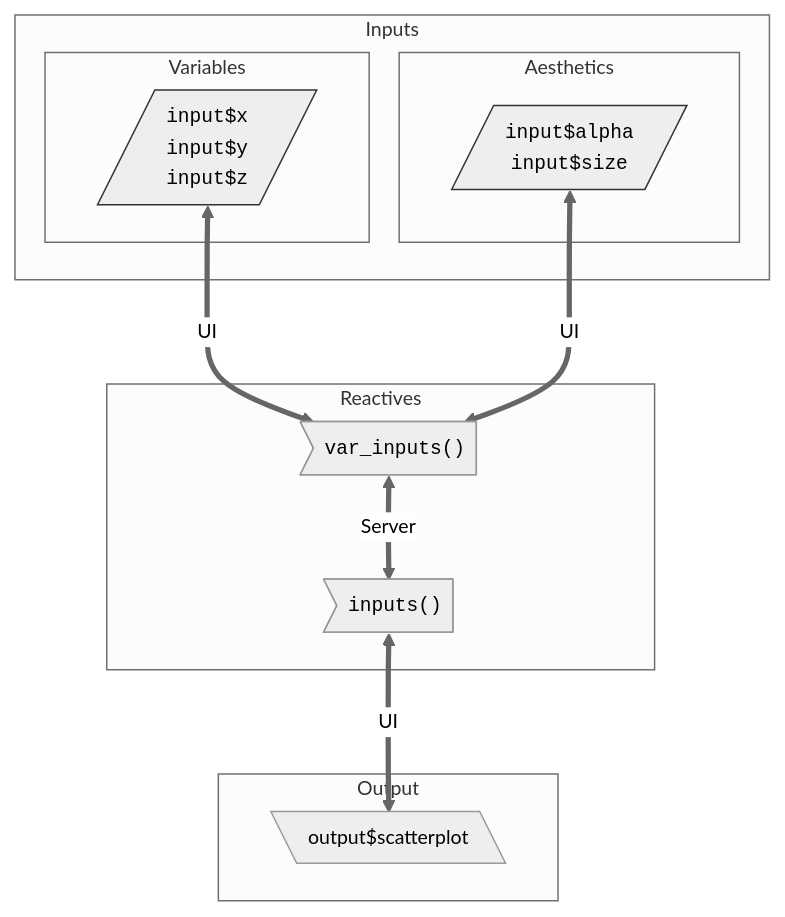
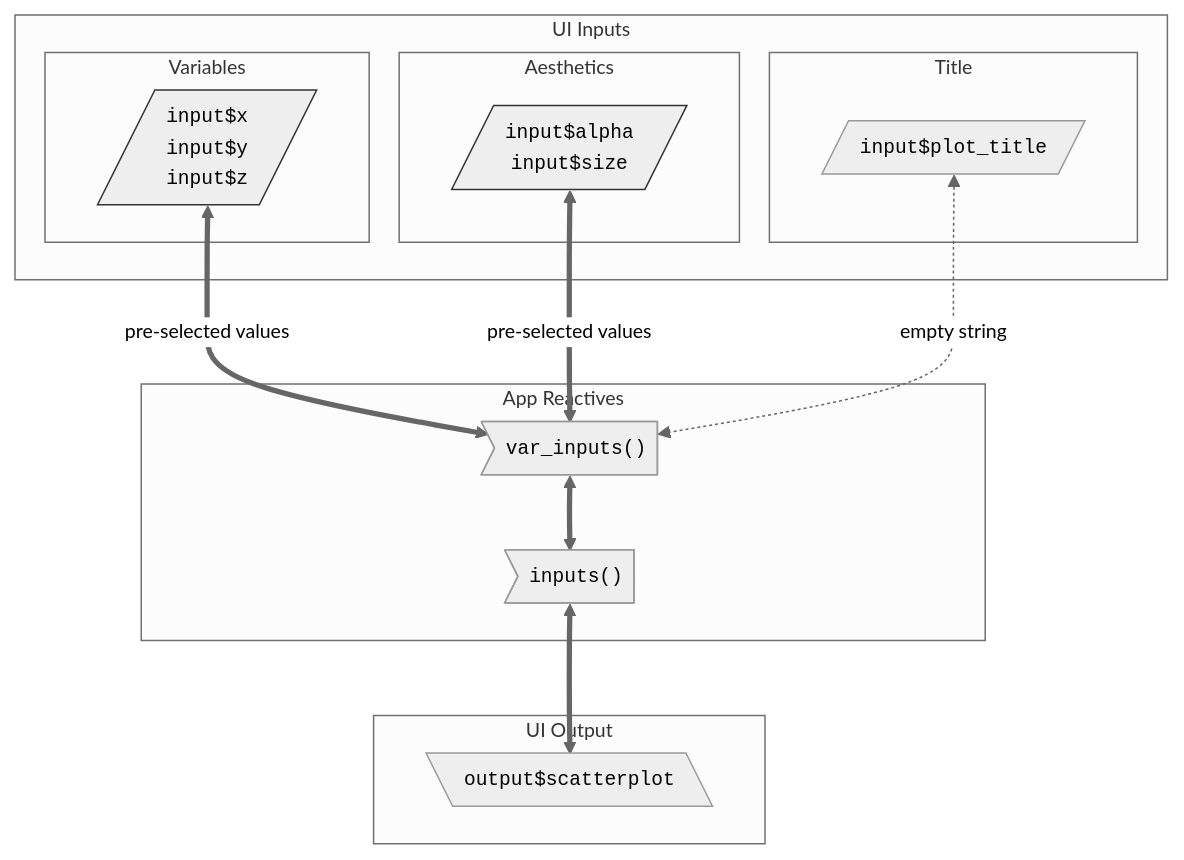
One commit to mjfrigaard/shiny-app-pkgs changed the first of 3 diagrams in debug.qmd. Above: the diagram before and after it, drawn with Mermaid. The commit also changed other lines of this file and 34 other files, not shown here.

````diff
--- a/debug.qmd
+++ b/debug.qmd
@@ -127,30 +178,34 @@
 ```{mermaid}
 %%| fig-cap: 'Reactive flow in Movies App'
 %%| fig-align: center
 %%{init: {'theme': 'neutral', 'themeVariables': { 'fontFamily': 'monospace', "fontSize":"13px"}}}%%
 flowchart TD
-    subgraph Inputs["Inputs"]
+    subgraph Inputs["UI Inputs"]
         subgraph Variables["Variables"]
         var_input[/"<code>input$x</code><br><code>input$y</code><br><code>input$z</code>"/]
         end
         subgraph Aesthetics["Aesthetics"]
         aes_input[/"<code>input$alpha</code><br><code>input$size</code>"/]
         end
+        subgraph Title["Title"]
+        plot_title[/"<code>input$plot_title</code>"/]
+        end
         
     end
-    subgraph React["Reactives"]
+    subgraph React["App Reactives"]
         var_inputs>"<code>var_inputs()</code> "]
         inputs>"<code>inputs()</code>"]
     end
-    subgraph Output["Output"]
-        output[\"output$scatterplot"\]
+    subgraph Output["UI Output"]
+        output[\"<code>output$scatterplot</code>"\]
     end
 
 
-    var_input & aes_input <==> |"UI"|var_inputs 
-    var_inputs <==> |"Server"|inputs
-    inputs <==> |"UI"|output
+    var_input & aes_input <==> |"pre-selected values"|var_inputs 
+    plot_title <-.-> |"empty string"|var_inputs 
+    var_inputs <==> inputs
+    inputs <==> output
     
     style var_input stroke:#333,stroke-width:1px,rx:5,ry:5 
     style aes_input stroke:#333,stroke-width:1px,rx:5,ry:5
 ```
````
